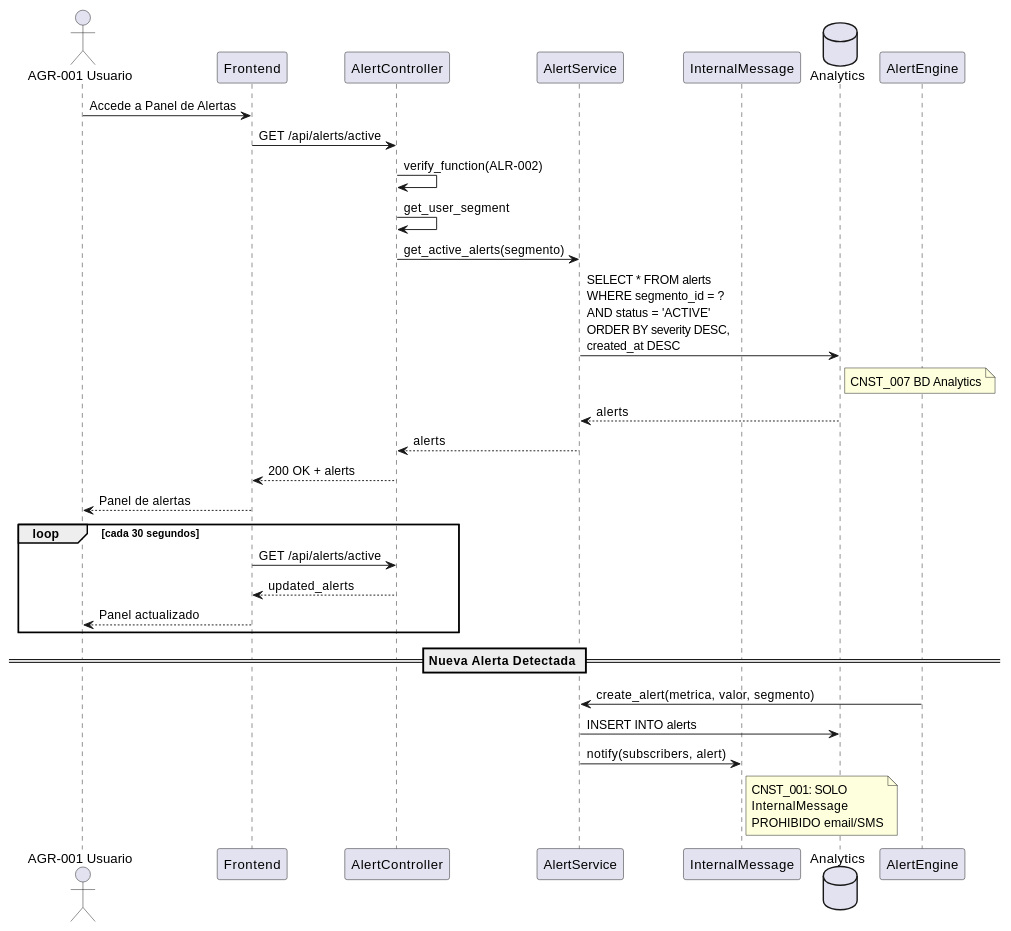
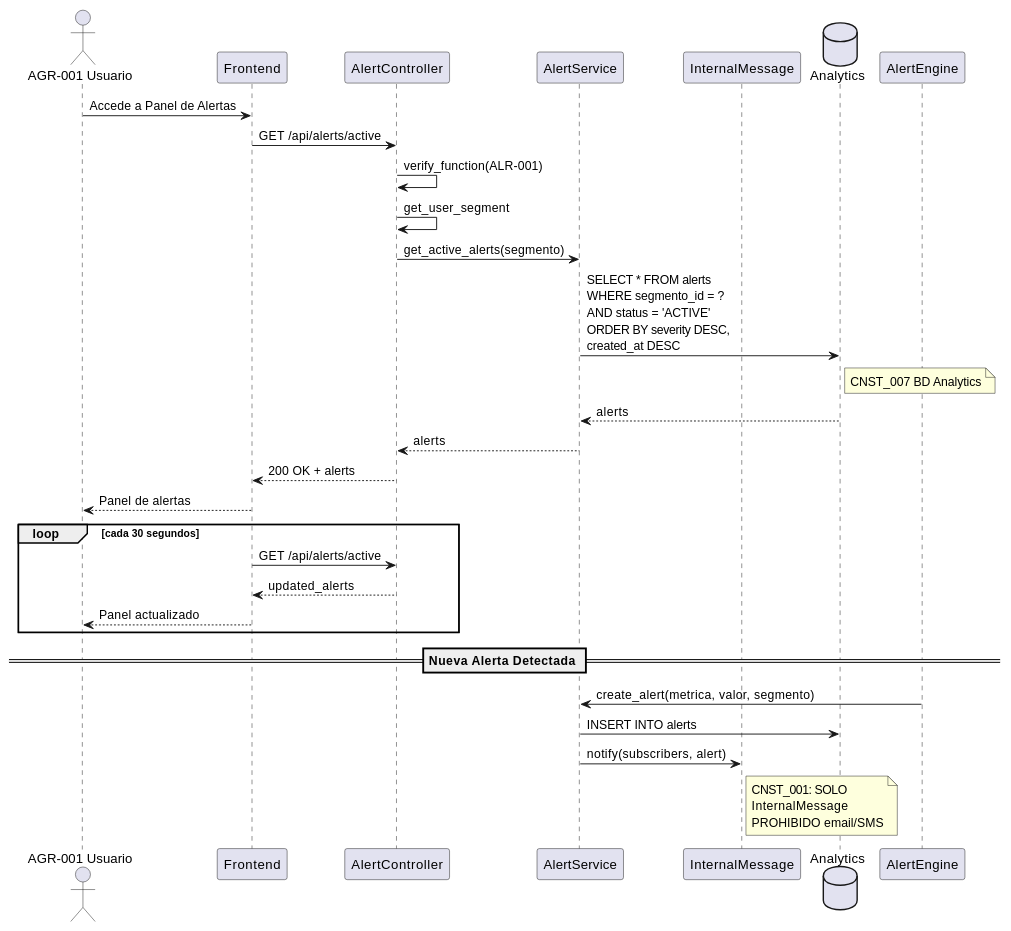
The second of 3 diagrams in source/requisitos/casos-uso/alerts/uc-alr-02-ver-alertas-activas.rst (jcg-admin/IACT-docs), drawn with PlantUML before and after one commit. The commit also changed other lines of this file and 8 other files, not shown here.

```diff
--- a/source/requisitos/casos-uso/alerts/uc-alr-02-ver-alertas-activas.rst
+++ b/source/requisitos/casos-uso/alerts/uc-alr-02-ver-alertas-activas.rst
@@ -163,43 +163,43 @@
 .. uml::
  :caption: Diagrama de Secuencia - UC_ALR_02
 
  @startuml
  actor "AGR-001 Usuario" as U
  participant "Frontend" as FE
  participant "AlertController" as AC
  participant "AlertService" as AS
  participant "InternalMessage" as IM
  database "Analytics" as DB
 
  U -> FE: Accede a Panel de Alertas
  FE -> AC: GET /api/alerts/active
- AC -> AC: verify_function(ALR-002)
+ AC -> AC: verify_function(ALR-001)
  AC -> AC: get_user_segment
 
  AC -> AS: get_active_alerts(segmento)
  AS -> DB: SELECT * FROM alerts\nWHERE segmento_id = ?\nAND status = 'ACTIVE'\nORDER BY severity DESC,\ncreated_at DESC
  note right of DB: CNST_007 BD Analytics
  DB --> AS: alerts
  AS --> AC: alerts
  AC --> FE: 200 OK + alerts
  FE --> U: Panel de alertas
 
  loop cada 30 segundos
  FE -> AC: GET /api/alerts/active
  AC --> FE: updated_alerts
  FE --> U: Panel actualizado
  end
 
  == Nueva Alerta Detectada ==
 
  participant "AlertEngine" as AE
 
  AE -> AS: create_alert(metrica, valor, segmento)
  AS -> DB: INSERT INTO alerts
  AS -> IM: notify(subscribers, alert)
  note right of IM
  CNST_001: SOLO
  InternalMessage
  PROHIBIDO email/SMS
  end note
  @enduml
```
